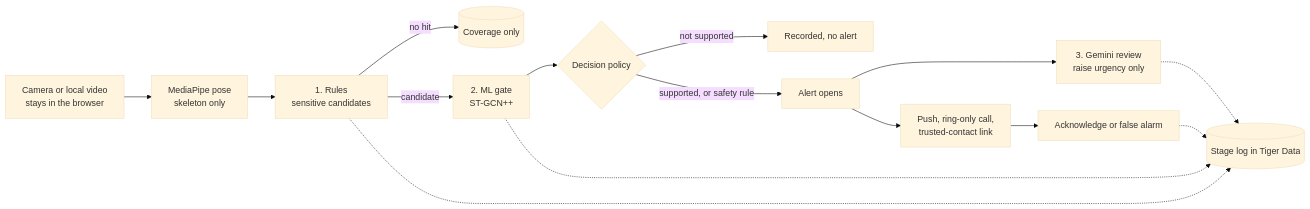
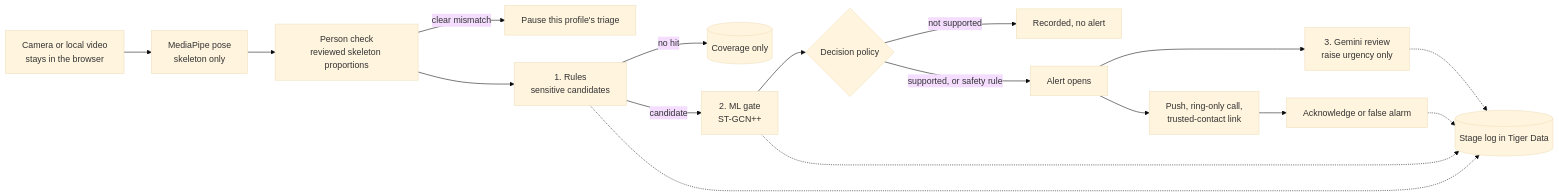
One commit to DavidDruker/SilentGuardian changed the diagram in README.md. Above: the diagram before and after it, drawn with Mermaid (base theme). The commit also changed other lines of this file and 12 other files, not shown here.

Commit message:
Add reviewed person check before movement triage

````diff
--- a/README.md
+++ b/README.md
@@ -35,17 +35,19 @@
 ```mermaid
 flowchart LR
     A[Camera or local video<br/>stays in the browser] --> B[MediaPipe pose<br/>skeleton only]
-    B --> C[1. Rules<br/>sensitive candidates]
+    B --> P[Person check<br/>reviewed skeleton proportions]
+    P -->|clear mismatch| X[Pause this profile's triage]
+    P --> C[1. Rules<br/>sensitive candidates]
     C -->|no hit| Z[(Coverage only)]
     C -->|candidate| D[2. ML gate<br/>ST-GCN++]
     D --> E{Decision policy}
     E -->|not supported| R[Recorded, no alert]
     E -->|supported, or safety rule| F[Alert opens]
     F --> G[3. Gemini review<br/>raise urgency only]
     F --> H[Push, ring-only call,<br/>trusted-contact link]
     H --> I[Acknowledge or false alarm]
     C -.-> T[(Stage log in Tiger Data)]
     D -.-> T
     G -.-> T
     I -.-> T
 ```
````
